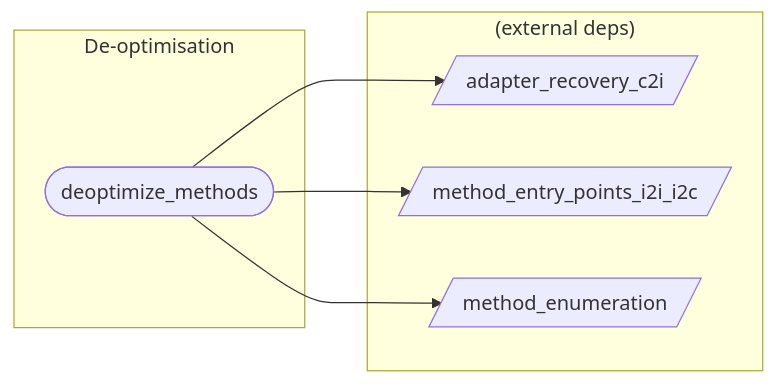
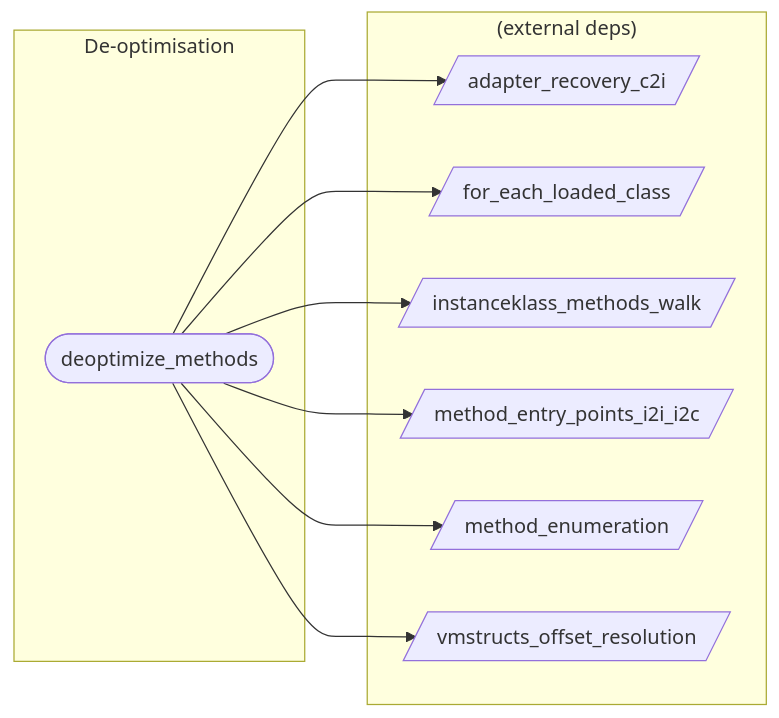
The diagram in audit/graph/categories/deopt.md (xxxnpno/VMHook), drawn with Mermaid before and after one commit. The commit also changed other lines of this file and 89 other files, not shown here.

````diff
--- a/audit/graph/categories/deopt.md
+++ b/audit/graph/categories/deopt.md
@@ -18,14 +18,20 @@
 ```mermaid
 flowchart LR
   subgraph deopt["De-optimisation"]
     deoptimize_methods([deoptimize_methods])
   end
   subgraph external["(external deps)"]
     adapter_recovery_c2i[/adapter_recovery_c2i/]
+    for_each_loaded_class[/for_each_loaded_class/]
+    instanceklass_methods_walk[/instanceklass_methods_walk/]
     method_entry_points_i2i_i2c[/method_entry_points_i2i_i2c/]
     method_enumeration[/method_enumeration/]
+    vmstructs_offset_resolution[/vmstructs_offset_resolution/]
   end
   deoptimize_methods --> method_enumeration
   deoptimize_methods --> adapter_recovery_c2i
   deoptimize_methods --> method_entry_points_i2i_i2c
+  deoptimize_methods --> for_each_loaded_class
+  deoptimize_methods --> vmstructs_offset_resolution
+  deoptimize_methods --> instanceklass_methods_walk
 ```
````
